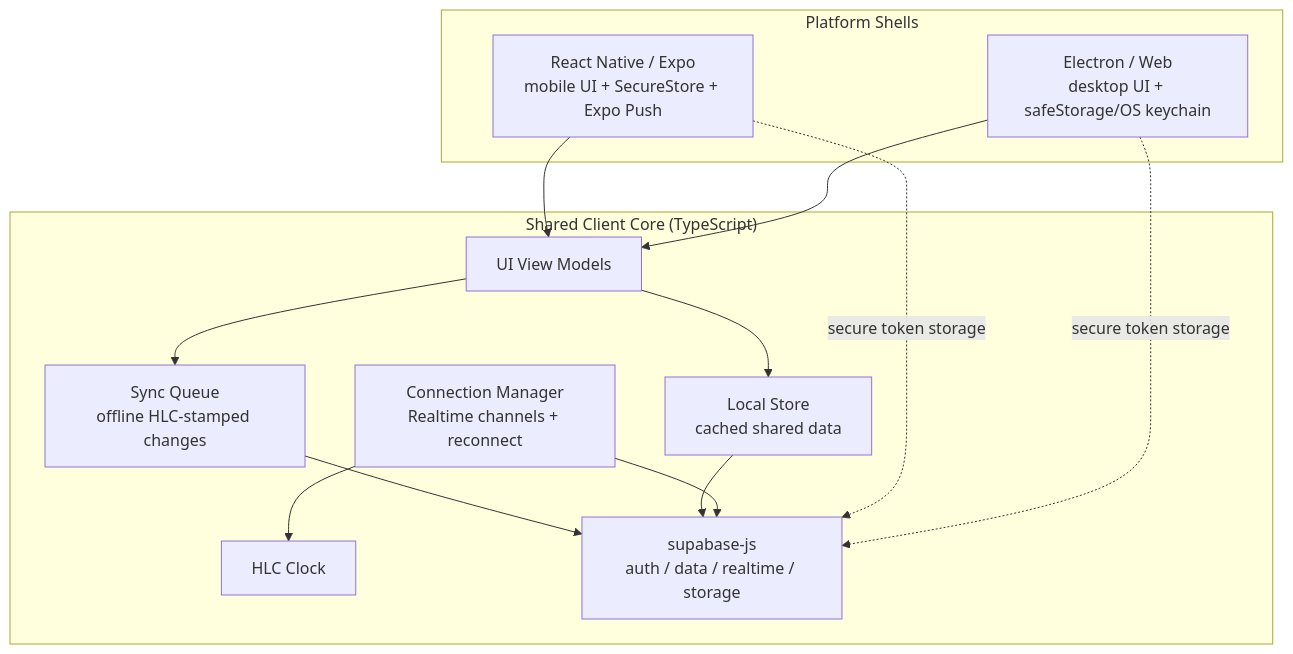
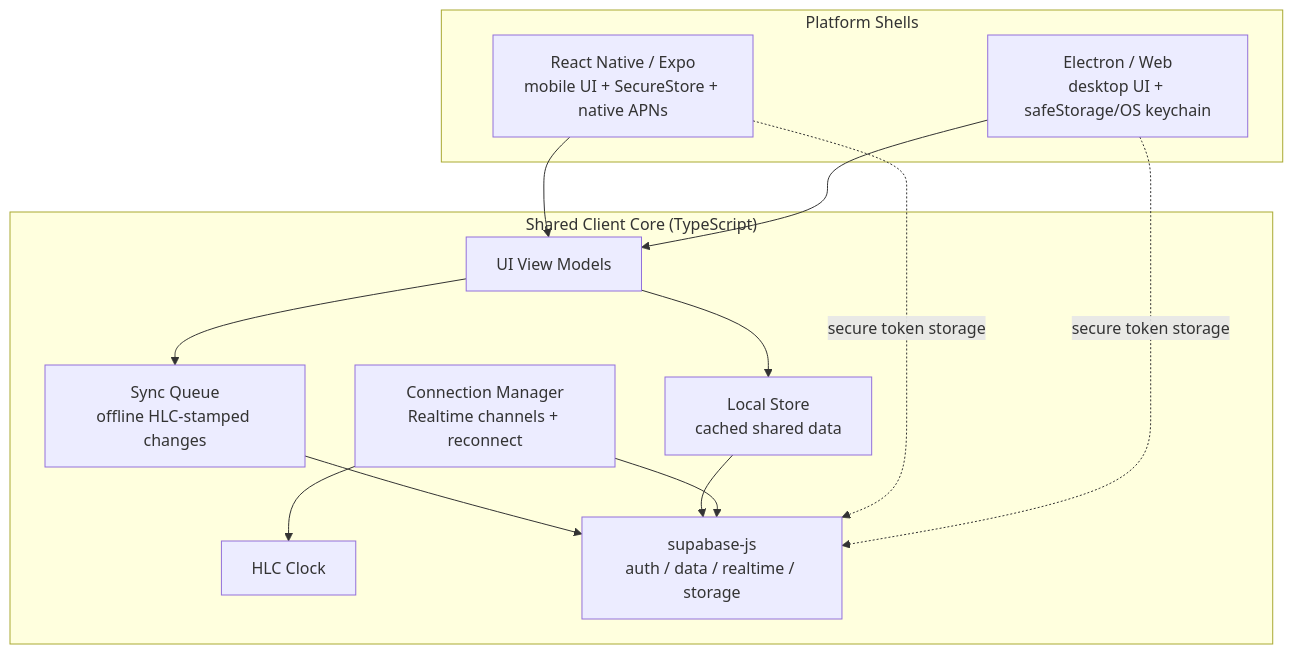
The second of 4 diagrams in .kiro/specs/ldr-companion-app/design.md (zgoldwyn/ldr-games), drawn with Mermaid before and after one commit. The commit also changed other lines of this file and 30 other files, not shown here.

````diff
--- a/.kiro/specs/ldr-companion-app/design.md
+++ b/.kiro/specs/ldr-companion-app/design.md
@@ -88,25 +88,25 @@
 ```mermaid
 graph TB
     subgraph "Shared Client Core (TypeScript)"
         UI[UI View Models]
         LS[Local Store<br/>cached shared data]
         SQ[Sync Queue<br/>offline HLC-stamped changes]
         CONN[Connection Manager<br/>Realtime channels + reconnect]
         HLC[HLC Clock]
         SB[supabase-js<br/>auth / data / realtime / storage]
     end
     subgraph "Platform Shells"
-        RN[React Native / Expo<br/>mobile UI + SecureStore + Expo Push]
+        RN[React Native / Expo<br/>mobile UI + SecureStore + native APNs]
         EL[Electron / Web<br/>desktop UI + safeStorage/OS keychain]
     end
     UI --> LS
     UI --> SQ
     SQ --> SB
     LS --> SB
     CONN --> SB
     CONN --> HLC
     RN --> UI
     EL --> UI
     RN -.secure token storage.-> SB
     EL -.secure token storage.-> SB
 ```
````
